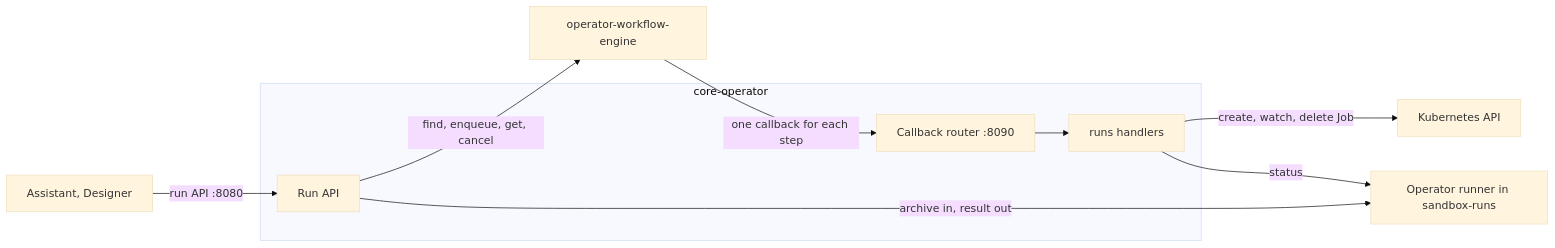
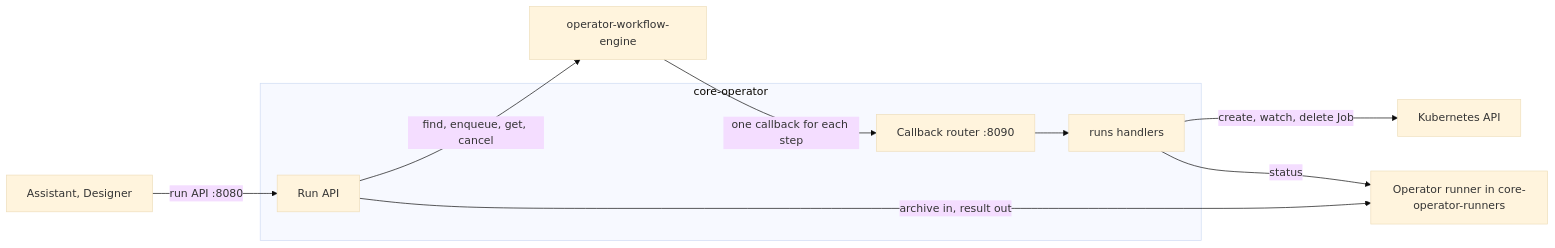
One commit to Altinn/altinn-studio changed the diagram in src/core/operator/README.md. Above: the diagram before and after it, drawn with Mermaid (base theme). The commit also changed 9 other files, not shown here.

First line of the commit message:
chore(core-operator): run upgrade-v9 in the namespace core-operator-runners

````diff
--- a/src/core/operator/README.md
+++ b/src/core/operator/README.md
@@ -18,15 +18,15 @@
 ```mermaid
 flowchart LR
   caller["Assistant, Designer"] -->|"run API :8080"| api
   subgraph operator["core-operator"]
     api["Run API"]
     callbacks["Callback router :8090"]
     runs["runs handlers"]
   end
   api -->|"find, enqueue, get, cancel"| engine["operator-workflow-engine"]
   engine -->|"one callback for each step"| callbacks
   callbacks --> runs
   runs -->|"create, watch, delete Job"| k8s["Kubernetes API"]
-  api -->|"archive in, result out"| host["Operator runner in sandbox-runs"]
+  api -->|"archive in, result out"| host["Operator runner in core-operator-runners"]
   runs -->|"status"| host
 ```
````
